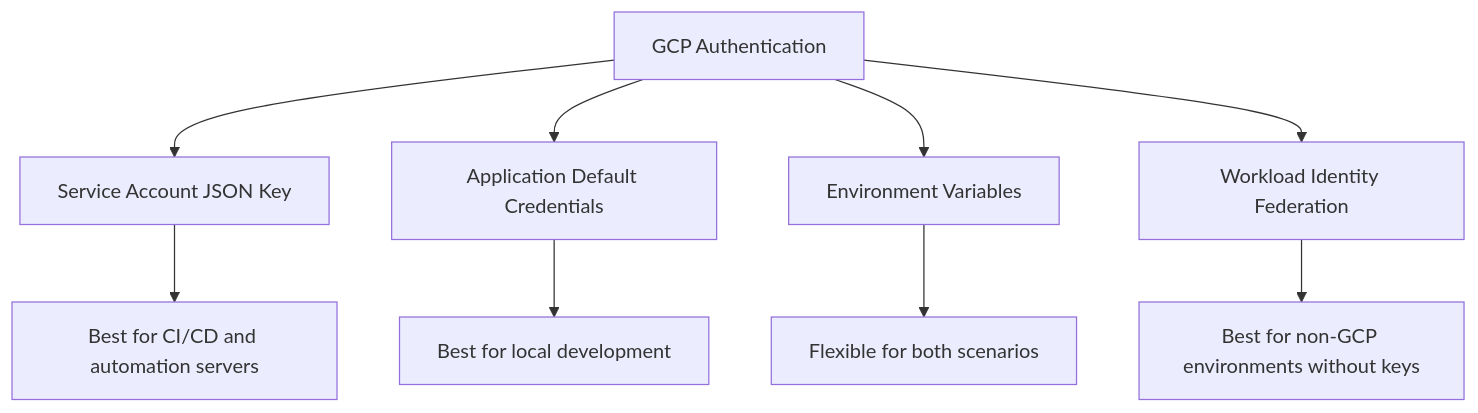
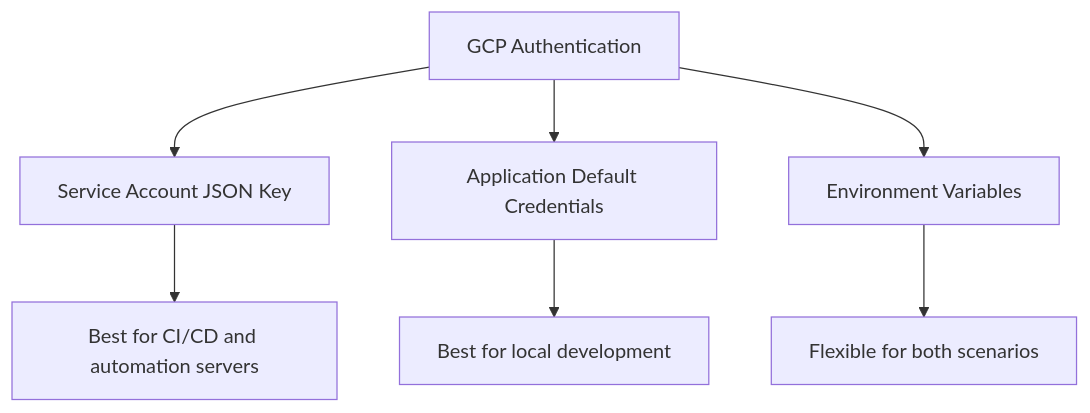
One commit to OneUptime/blog changed the diagram in posts/2026-02-21-how-to-set-up-gcp-credentials-for-ansible/README.md. Above: the diagram before and after it, drawn with Mermaid. The commit also changed other lines of this file and 2 other files, not shown here.

Commit message:
validate: 2026-02-21-how-to-set-up-gcp-credentials-for-ansible

````diff
--- a/posts/2026-02-21-how-to-set-up-gcp-credentials-for-ansible/README.md
+++ b/posts/2026-02-21-how-to-set-up-gcp-credentials-for-ansible/README.md
@@ -17,11 +17,9 @@
 ```mermaid
 graph TD
     A[GCP Authentication] --> B[Service Account JSON Key]
     A --> C[Application Default Credentials]
     A --> D[Environment Variables]
-    A --> E[Workload Identity Federation]
     B --> F[Best for CI/CD and automation servers]
     C --> G[Best for local development]
     D --> H[Flexible for both scenarios]
-    E --> I[Best for non-GCP environments without keys]
 ```
````
